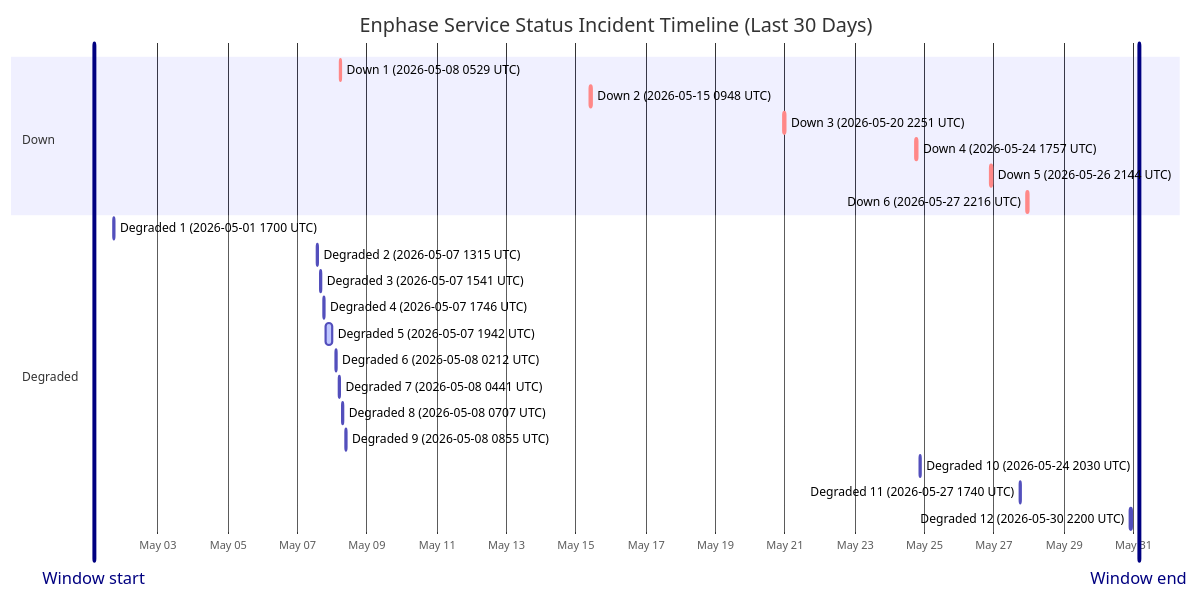
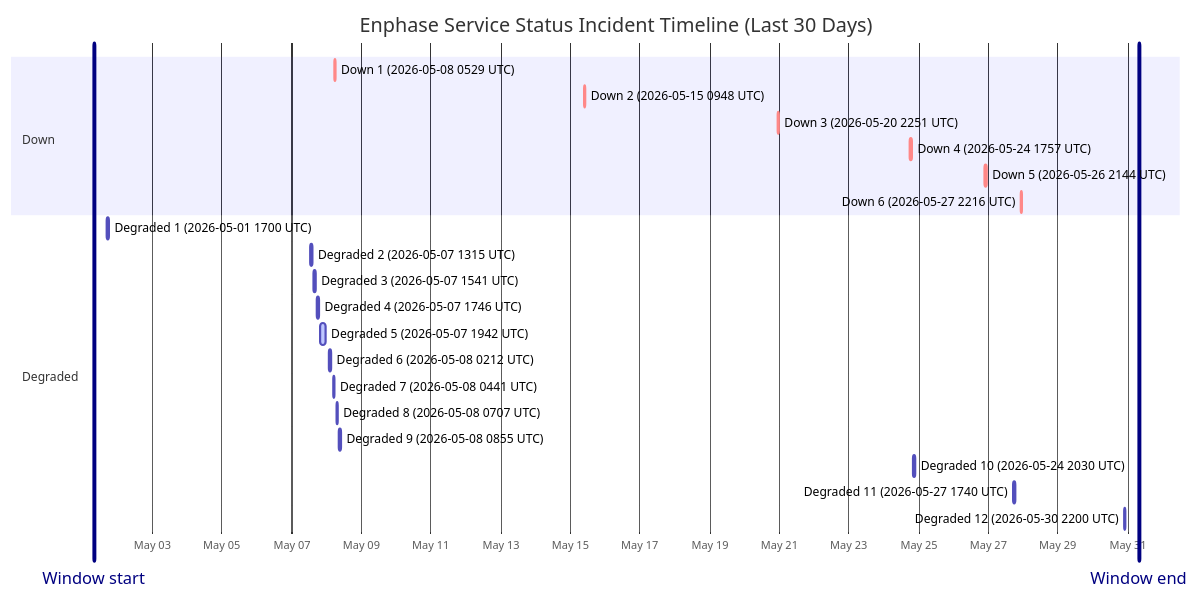
One commit to barneyonline/ha-enphase-ev-charger changed the diagram in wiki/Service-Status-History.md. Above: the diagram before and after it, drawn with Mermaid. The commit also changed other lines of this file and 3 other files, not shown here.

````diff
--- a/wiki/Service-Status-History.md
+++ b/wiki/Service-Status-History.md
@@ -14,28 +14,28 @@
 ```mermaid
 gantt
     title Enphase Service Status Incident Timeline (Last 30 Days)
     dateFormat  YYYY-MM-DDTHH:mm:ss
     axisFormat  %b %d
-    Window start :vert, window-start, 2026-05-01T03:42:24, 0ms
-    Window end :vert, window-end, 2026-05-31T03:42:24, 0ms
+    Window start :vert, window-start, 2026-05-01T07:44:56, 0ms
+    Window end :vert, window-end, 2026-05-31T07:44:56, 0ms
     section Down
     Down 1 (2026-05-08 0529 UTC) :crit, down-1, 2026-05-08T05:29:47, 60m
     Down 2 (2026-05-15 0948 UTC) :crit, down-2, 2026-05-15T09:48:18, 60m
     Down 3 (2026-05-20 2251 UTC) :crit, down-3, 2026-05-20T22:51:14, 75m
     Down 4 (2026-05-24 1757 UTC) :crit, down-4, 2026-05-24T17:57:41, 86m
     Down 5 (2026-05-26 2144 UTC) :crit, down-5, 2026-05-26T21:44:11, 85m
     Down 6 (2026-05-27 2216 UTC) :crit, down-6, 2026-05-27T22:16:53, 87m
     section Degraded
     Degraded 1 (2026-05-01 1700 UTC) :active, degraded-1, 2026-05-01T17:00:22, 60m
     Degraded 2 (2026-05-07 1315 UTC) :active, degraded-2, 2026-05-07T13:15:25, 60m
     Degraded 3 (2026-05-07 1541 UTC) :active, degraded-3, 2026-05-07T15:41:58, 60m
     Degraded 4 (2026-05-07 1746 UTC) :active, degraded-4, 2026-05-07T17:46:51, 60m
     Degraded 5 (2026-05-07 1942 UTC) :active, degraded-5, 2026-05-07T19:42:10, 249m
     Degraded 6 (2026-05-08 0212 UTC) :active, degraded-6, 2026-05-08T02:12:39, 60m
     Degraded 7 (2026-05-08 0441 UTC) :active, degraded-7, 2026-05-08T04:41:46, 60m
     Degraded 8 (2026-05-08 0707 UTC) :active, degraded-8, 2026-05-08T07:07:30, 60m
     Degraded 9 (2026-05-08 0855 UTC) :active, degraded-9, 2026-05-08T08:55:20, 88m
     Degraded 10 (2026-05-24 2030 UTC) :active, degraded-10, 2026-05-24T20:30:57, 84m
     Degraded 11 (2026-05-27 1740 UTC) :active, degraded-11, 2026-05-27T17:40:52, 60m
     Degraded 12 (2026-05-30 2200 UTC) :active, degraded-12, 2026-05-30T22:00:37, 60m
 ```
````
